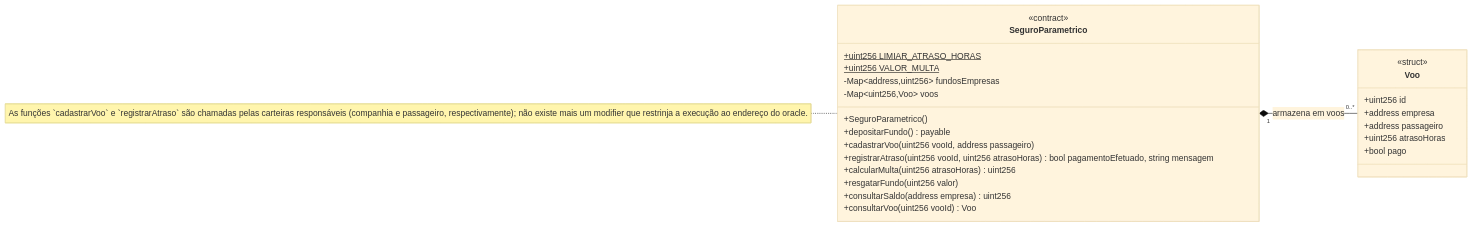
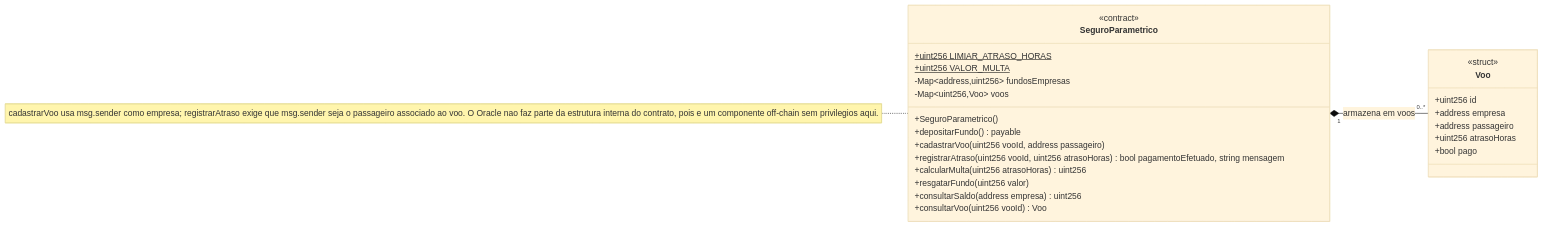
One commit to Joaogomesbrandao/AcordoInstant changed the diagram in docs/diagrama-classes.md. Above: the diagram before and after it, drawn with Mermaid (base theme). The commit also changed other lines of this file and 6 other files, not shown here.

Commit message:
refactor oracle flow and decentralize on-chain interactions

````diff
--- a/docs/diagrama-classes.md
+++ b/docs/diagrama-classes.md
@@ -15,33 +15,33 @@
 ```mermaid
 classDiagram
     direction LR
 
     class SeguroParametrico {
         <<contract>>
         +uint256 LIMIAR_ATRASO_HORAS$
         +uint256 VALOR_MULTA$
         -Map~address,uint256~ fundosEmpresas
         -Map~uint256,Voo~ voos
         +SeguroParametrico()
         +depositarFundo() payable
         +cadastrarVoo(uint256 vooId, address passageiro)
         +registrarAtraso(uint256 vooId, uint256 atrasoHoras) bool pagamentoEfetuado, string mensagem
         +calcularMulta(uint256 atrasoHoras) uint256
         +resgatarFundo(uint256 valor)
         +consultarSaldo(address empresa) uint256
         +consultarVoo(uint256 vooId) Voo
     }
 
     class Voo {
         <<struct>>
         +uint256 id
         +address empresa
         +address passageiro
         +uint256 atrasoHoras
         +bool pago
     }
 
     SeguroParametrico "1" *-- "0..*" Voo : armazena em voos
 
-    note for SeguroParametrico "As funções `cadastrarVoo` e `registrarAtraso` são chamadas pelas carteiras responsáveis (companhia e passageiro, respectivamente); não existe mais um modifier que restrinja a execução ao endereço do oracle."
+    note for SeguroParametrico "cadastrarVoo usa msg.sender como empresa; registrarAtraso exige que msg.sender seja o passageiro associado ao voo. O Oracle nao faz parte da estrutura interna do contrato, pois e um componente off-chain sem privilegios aqui."
 ```
````
